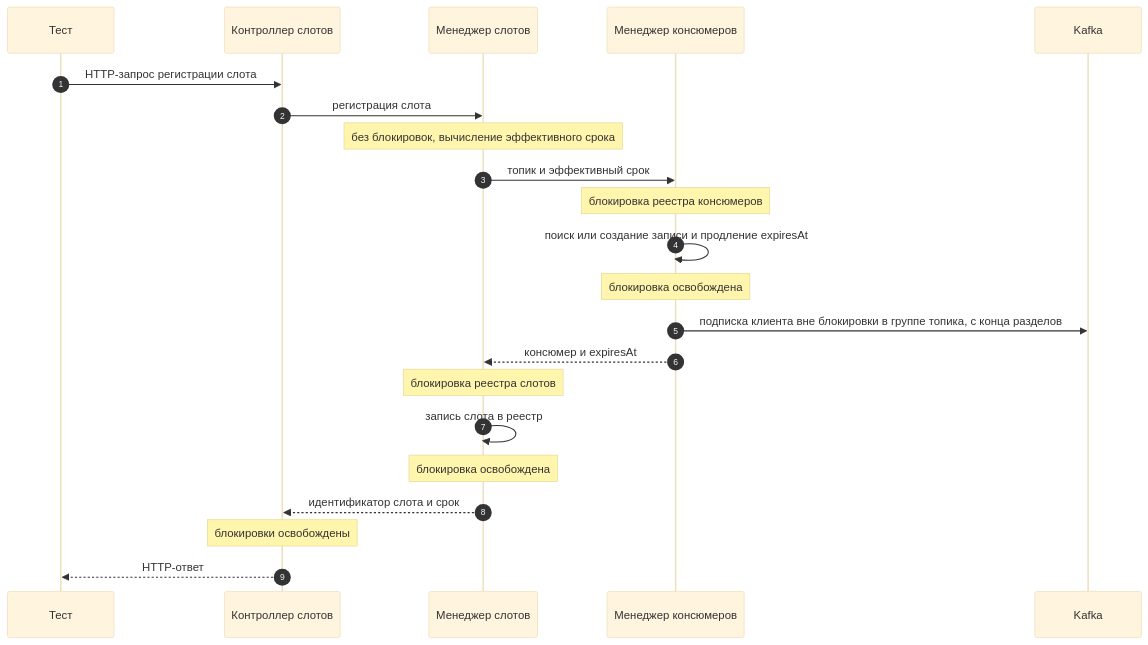
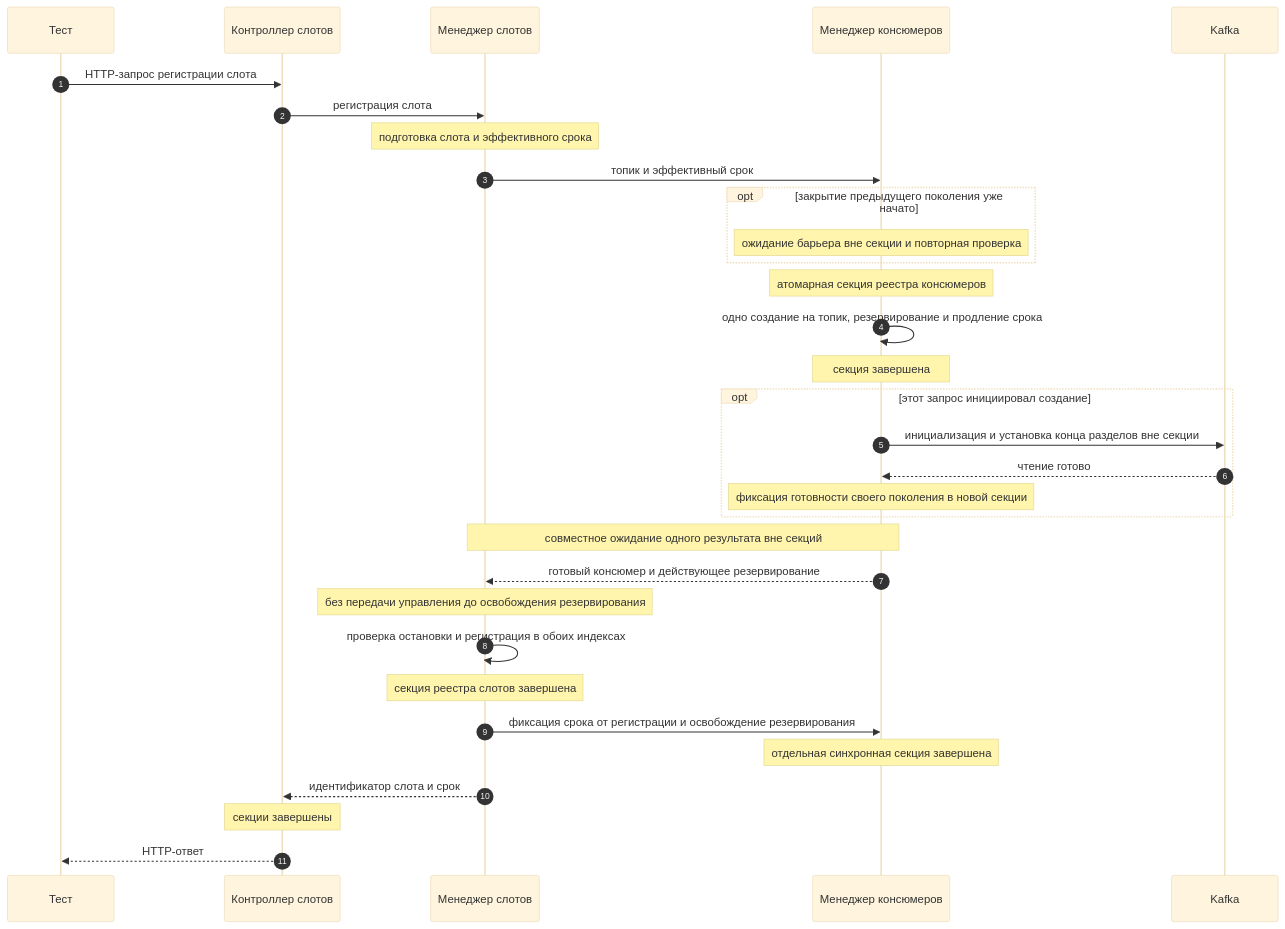
The first of 3 diagrams in docs/architecture.md (WS68/KafkaTestingREST), drawn with Mermaid (base theme) before and after one commit. The commit also changed other lines of this file and 4 other files, not shown here.

````diff
--- a/docs/architecture.md
+++ b/docs/architecture.md
@@ -430,25 +432,35 @@
 ```mermaid
 sequenceDiagram
     autonumber
     participant Test as Тест
     participant Ctrl as Контроллер слотов
     participant Slots as Менеджер слотов
     participant ConsMgr as Менеджер консюмеров
     participant Kafka as Kafka
 
     Test->>Ctrl: HTTP-запрос регистрации слота
     Ctrl->>Slots: регистрация слота
-    Note over Slots: без блокировок, вычисление эффективного срока
+    Note over Slots: подготовка слота и эффективного срока
     Slots->>ConsMgr: топик и эффективный срок
-    Note over ConsMgr: блокировка реестра консюмеров
-    ConsMgr->>ConsMgr: поиск или создание записи и продление expiresAt
-    Note over ConsMgr: блокировка освобождена
-    ConsMgr->>Kafka: подписка клиента вне блокировки в группе топика, с конца разделов
-    ConsMgr-->>Slots: консюмер и expiresAt
-    Note over Slots: блокировка реестра слотов
-    Slots->>Slots: запись слота в реестр
-    Note over Slots: блокировка освобождена
+    opt закрытие предыдущего поколения уже начато
+        Note over ConsMgr: ожидание барьера вне секции и повторная проверка
+    end
+    Note over ConsMgr: атомарная секция реестра консюмеров
+    ConsMgr->>ConsMgr: одно создание на топик, резервирование и продление срока
+    Note over ConsMgr: секция завершена
+    opt этот запрос инициировал создание
+        ConsMgr->>Kafka: инициализация и установка конца разделов вне секции
+        Kafka-->>ConsMgr: чтение готово
+        Note over ConsMgr: фиксация готовности своего поколения в новой секции
+    end
+    Note over ConsMgr,Slots: совместное ожидание одного результата вне секций
+    ConsMgr-->>Slots: готовый консюмер и действующее резервирование
+    Note over Slots: без передачи управления до освобождения резервирования
+    Slots->>Slots: проверка остановки и регистрация в обоих индексах
+    Note over Slots: секция реестра слотов завершена
+    Slots->>ConsMgr: фиксация срока от регистрации и освобождение резервирования
+    Note over ConsMgr: отдельная синхронная секция завершена
     Slots-->>Ctrl: идентификатор слота и срок
-    Note over Ctrl: блокировки освобождены
+    Note over Ctrl: секции завершены
     Ctrl-->>Test: HTTP-ответ
 ```
````
